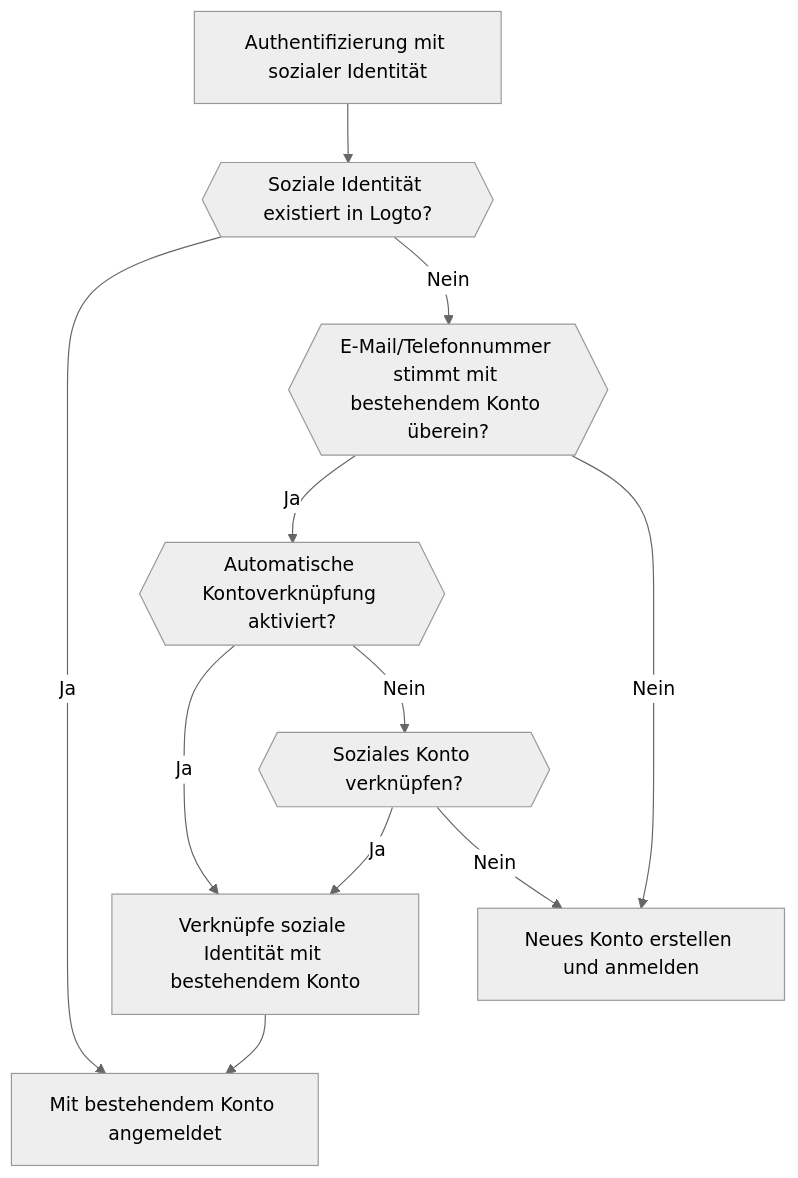
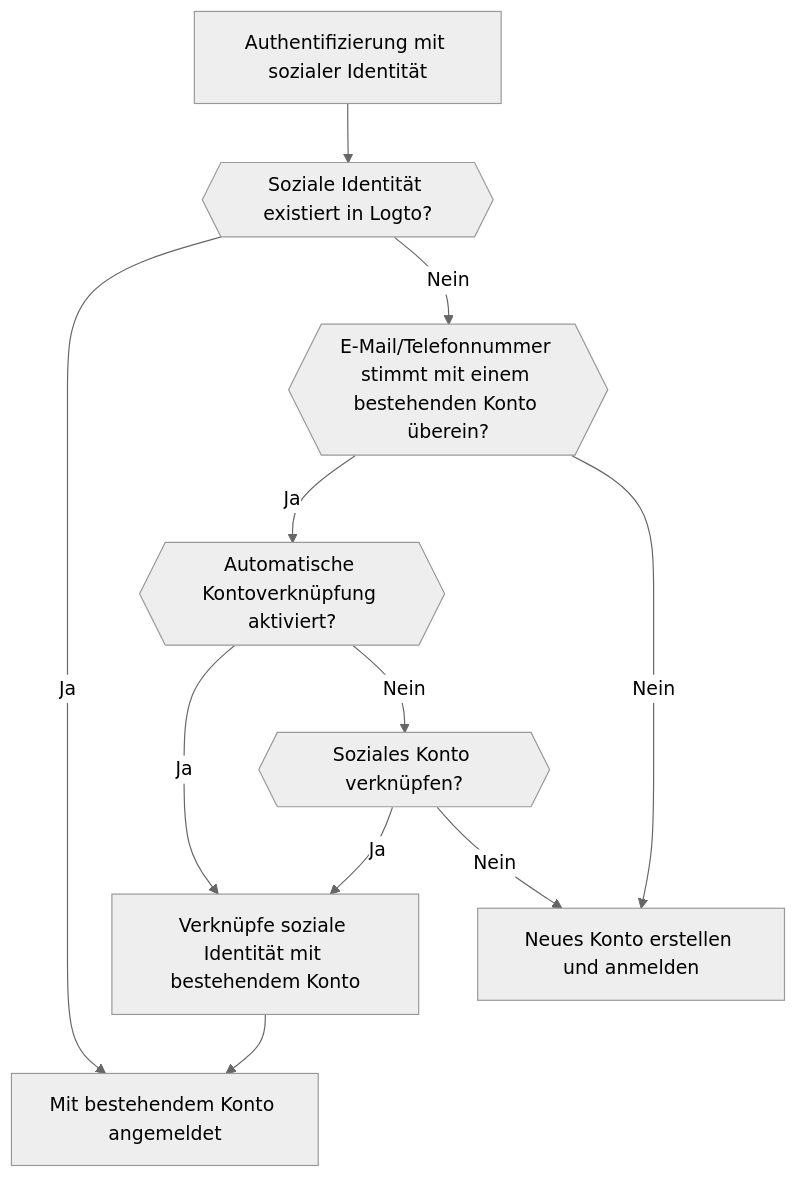
Before and after one commit to logto-io/docs: the third of 5 diagrams in i18n/de/docusaurus-plugin-content-docs/current/end-user-flows/sign-up-and-sign-in/social-sign-in.mdx, drawn with Mermaid (neutral theme). The commit also changed other lines of this file and 2629 other files, not shown here.

````diff
--- a/i18n/de/docusaurus-plugin-content-docs/current/end-user-flows/sign-up-and-sign-in/social-sign-in.mdx
+++ b/i18n/de/docusaurus-plugin-content-docs/current/end-user-flows/sign-up-and-sign-in/social-sign-in.mdx
@@ -102,13 +108,13 @@
     ```mermaid
     flowchart TD
     A[Authentifizierung mit sozialer Identität] --> B{{Soziale Identität existiert in Logto?}}
     B -- Ja --> C[Mit bestehendem Konto angemeldet]
-    B -- Nein --> D{{E-Mail/Telefonnummer stimmt mit bestehendem Konto überein?}}
+    B -- Nein --> D{{E-Mail/Telefonnummer stimmt mit einem bestehenden Konto überein?}}
     D -- Ja --> E{{Automatische Kontoverknüpfung aktiviert?}}
     E -- Ja --> G[Verknüpfe soziale Identität mit bestehendem Konto]
     G --> C
     D -- Nein --> H[Neues Konto erstellen und anmelden]
     E -- Nein --> I{{Soziales Konto verknüpfen?}}
     I -- Ja --> G
     I -- Nein --> H
     ```
````
